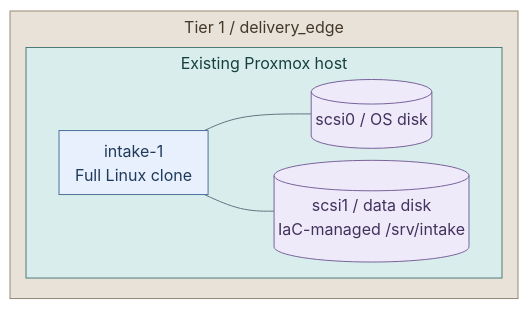
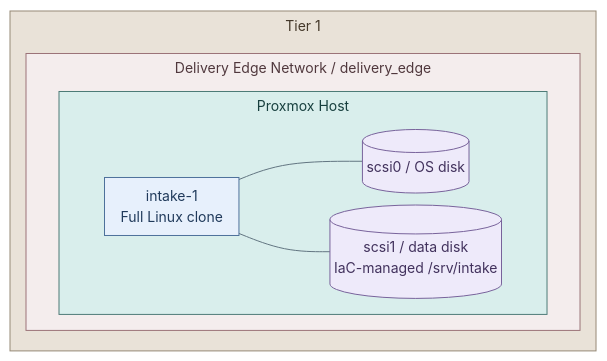
Before and after one commit to Rexus/homelab: the third of 3 diagrams in docs/03-deployment/stage-3-trust/step-15b-verified-intake.md, drawn with Mermaid. The commit also changed other lines of this file and 124 other files, not shown here.

First line of the commit message:
fix(platform): align service diagrams and directory failover

````diff
--- a/docs/03-deployment/stage-3-trust/step-15b-verified-intake.md
+++ b/docs/03-deployment/stage-3-trust/step-15b-verified-intake.md
@@ -218,22 +255,27 @@
 ```mermaid
-%%{init: {"theme":"base","flowchart":{"nodeSpacing":12,"rankSpacing":16,"padding":8,"subGraphTitleMargin":{"top":4,"bottom":12}},"themeVariables":{"lineColor":"#627581","edgeLabelBackground":"#f8fafc"}}}%%
+%%{init: {"theme":"base","flowchart":{"nodeSpacing":12,"rankSpacing":16,"padding":8,"subGraphTitleMargin":{"top":4,"bottom":18}},"themeVariables":{"lineColor":"#627581","edgeLabelBackground":"#f8fafc","fontFamily":"Arial, sans-serif","fontSize":"14px"},"fontFamily":"Arial, sans-serif"}}%%
 flowchart LR
-  subgraph T1["Tier 1 / delivery_edge"]
-    subgraph PVE["Existing Proxmox host"]
-      VM["intake-1<br/>Full Linux clone"]
-      OS[("scsi0 / OS disk")]
-      DATA[("scsi1 / data disk<br/>IaC-managed /srv/intake")]
-      VM --- OS
-      VM --- DATA
+  subgraph T1["Tier 1"]
+    subgraph Network["Delivery Edge Network / delivery_edge"]
+      subgraph PVE["Proxmox Host"]
+        VM["intake-1<br/>Full Linux clone"]
+        OS[("scsi0 / OS disk")]
+        DATA[("scsi1 / data disk<br/>IaC-managed /srv/intake")]
+        VM --- OS
+        VM --- DATA
+      end
     end
   end
   classDef default fill:#f8fafc,stroke:#64748b,color:#1f2937
   classDef services fill:#e7f0fc,stroke:#4d719b,color:#203a5b
   classDef runtime fill:#d9eeec,stroke:#4d7b77,color:#173f3e
   classDef data fill:#eeeafa,stroke:#78639b,color:#42325d
   class VM services
   class PVE runtime
   class OS,DATA data
   classDef tier1 fill:#e9e2d8,stroke:#968976,color:#44382a
   class T1 tier1
+  classDef zoneEdge fill:#fff0f3,stroke:#9b4d67,color:#502638
+  classDef network fill:#f4eded,stroke:#9b7378,color:#50383d
+  class Network network
 ```
````
